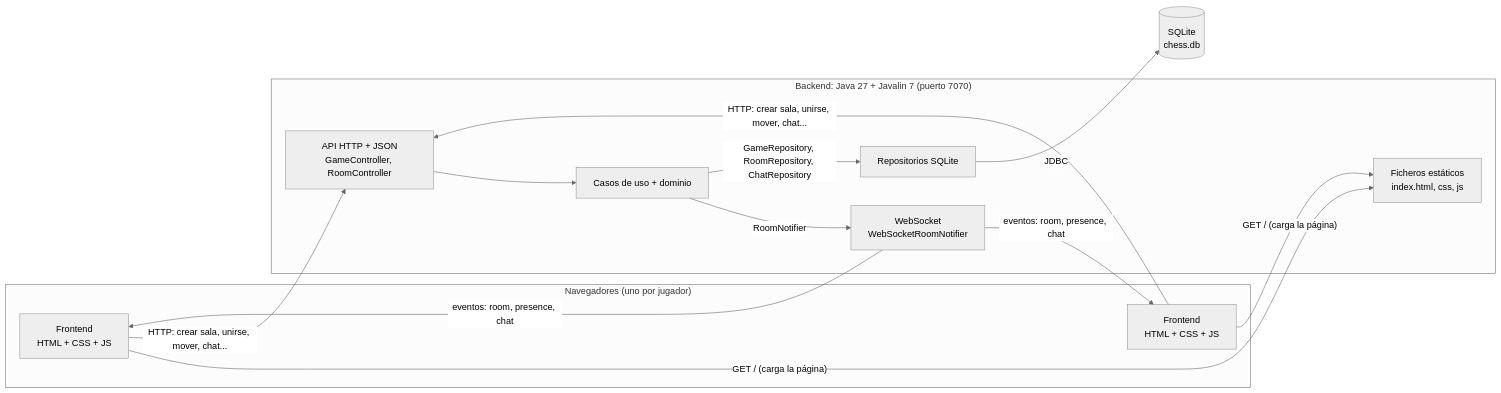
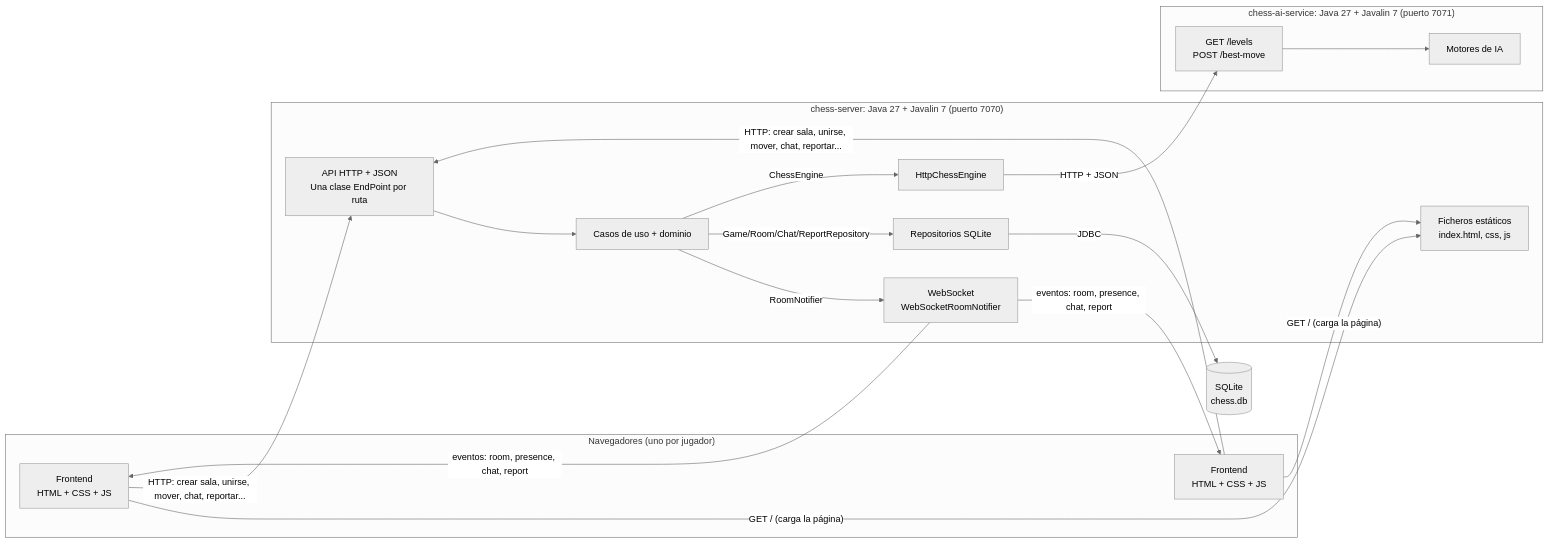
One commit to LuisLr21/chess-software changed the first of 5 diagrams in README.md. Above: the diagram before and after it, drawn with Mermaid (neutral theme). The commit also changed other lines of this file and 307 other files, not shown here.

Commit message:
Multi-module hexagonal architecture: chess-core, chess-ai-service and chess-server with UseCase interface, one EndPoint per route, abandonment and opponent reports

````diff
--- a/README.md
+++ b/README.md
@@ -175,25 +218,34 @@
 ```mermaid
 flowchart LR
     subgraph Navegadores["Navegadores (uno por jugador)"]
         FE1["Frontend<br/>HTML + CSS + JS"]
         FE2["Frontend<br/>HTML + CSS + JS"]
     end
 
-    subgraph Backend["Backend: Java 27 + Javalin 7 (puerto 7070)"]
+    subgraph Server["chess-server: Java 27 + Javalin 7 (puerto 7070)"]
         STATIC["Ficheros estáticos<br/>index.html, css, js"]
-        HTTP["API HTTP + JSON<br/>GameController, RoomController"]
+        HTTP["API HTTP + JSON<br/>Una clase EndPoint por ruta"]
         WS["WebSocket<br/>WebSocketRoomNotifier"]
         CORE["Casos de uso + dominio"]
         REPO["Repositorios SQLite"]
+        AIC["HttpChessEngine"]
+    end
+
+    subgraph AI["chess-ai-service: Java 27 + Javalin 7 (puerto 7071)"]
+        AIAPI["GET /levels<br/>POST /best-move"]
+        ENG["Motores de IA"]
     end
 
     DB[("SQLite<br/>chess.db")]
 
     FE1 & FE2 -- "GET / (carga la página)" --> STATIC
-    FE1 & FE2 -- "HTTP: crear sala, unirse, mover, chat..." --> HTTP
-    WS -- "eventos: room, presence, chat" --> FE1 & FE2
+    FE1 & FE2 -- "HTTP: crear sala, unirse, mover, chat, reportar..." --> HTTP
+    WS -- "eventos: room, presence, chat, report" --> FE1 & FE2
     HTTP --> CORE
     CORE -- "RoomNotifier" --> WS
-    CORE -- "GameRepository, RoomRepository, ChatRepository" --> REPO
+    CORE -- "Game/Room/Chat/ReportRepository" --> REPO
+    CORE -- "ChessEngine" --> AIC
+    AIC -- "HTTP + JSON" --> AIAPI
+    AIAPI --> ENG
     REPO -- "JDBC" --> DB
 ```
````
